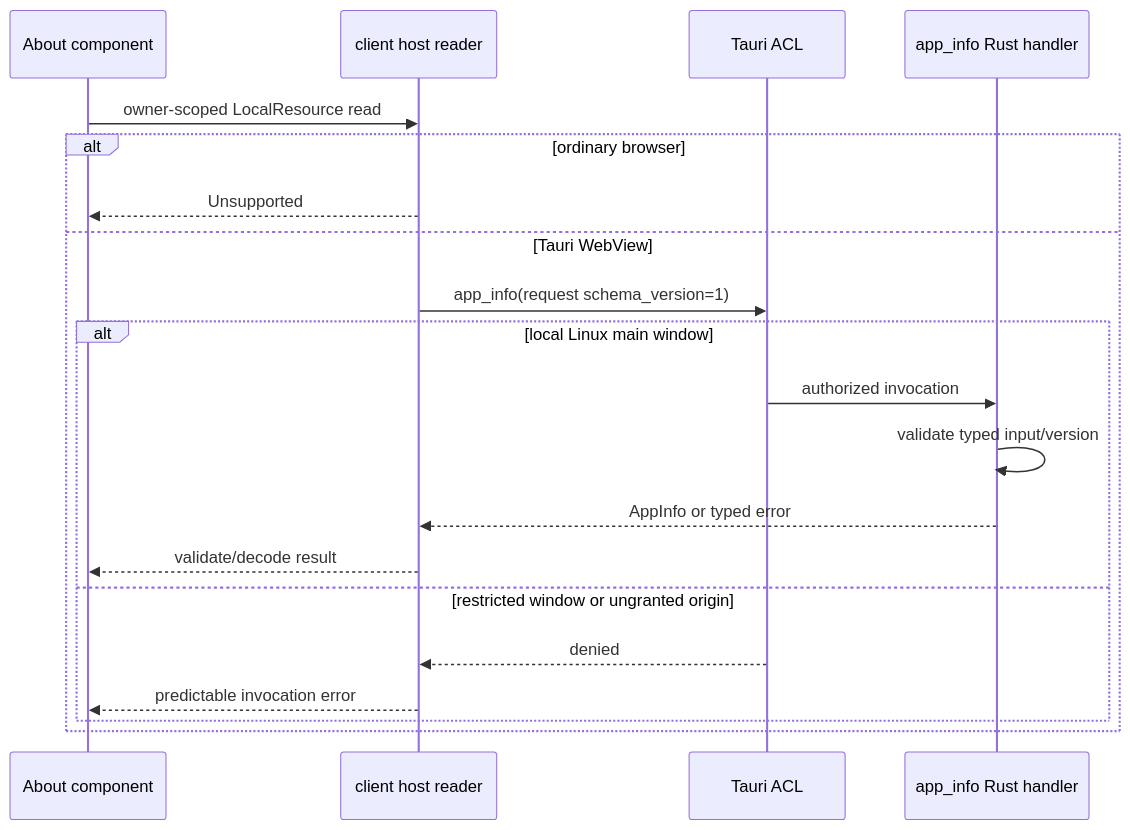
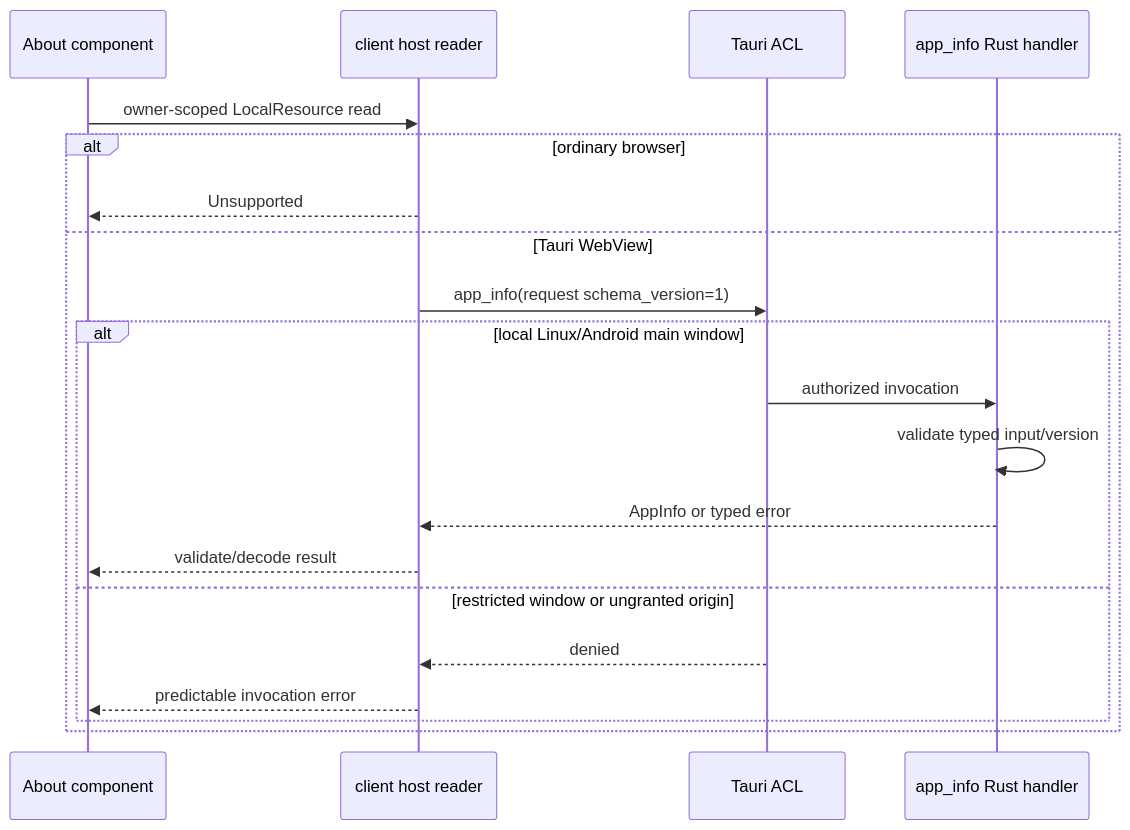
One commit to kmosoti/rust-ui-template changed the second of 8 diagrams in docs/architecture.md. Above: the diagram before and after it, drawn with Mermaid. The commit also changed other lines of this file and 12 other files, not shown here.

````diff
--- a/docs/architecture.md
+++ b/docs/architecture.md
@@ -109,22 +109,22 @@
 ```mermaid
 sequenceDiagram
   participant View as About component
   participant Adapter as client host reader
   participant Gate as Tauri ACL
   participant Rust as app_info Rust handler
   View->>Adapter: owner-scoped LocalResource read
   alt ordinary browser
     Adapter-->>View: Unsupported
   else Tauri WebView
     Adapter->>Gate: app_info(request schema_version=1)
-    alt local Linux main window
+    alt local Linux/Android main window
       Gate->>Rust: authorized invocation
       Rust->>Rust: validate typed input/version
       Rust-->>Adapter: AppInfo or typed error
       Adapter-->>View: validate/decode result
     else restricted window or ungranted origin
       Gate-->>Adapter: denied
       Adapter-->>View: predictable invocation error
     end
   end
 ```
````
